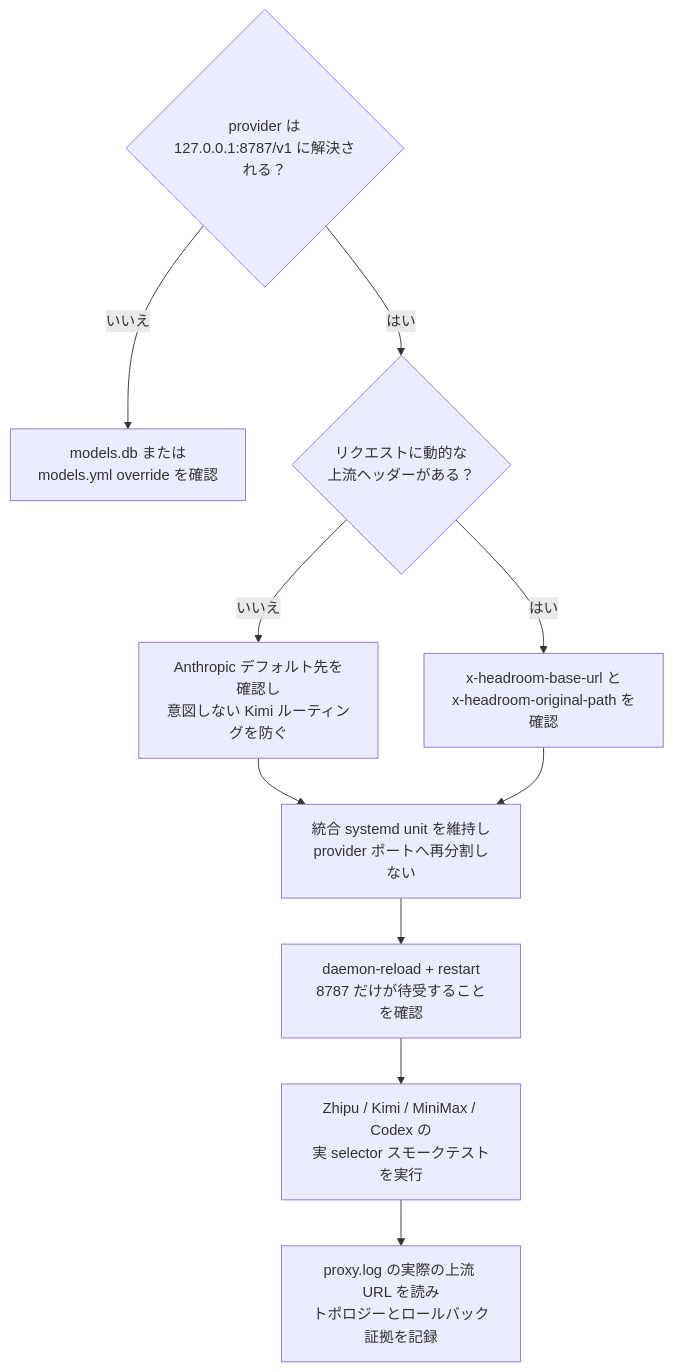
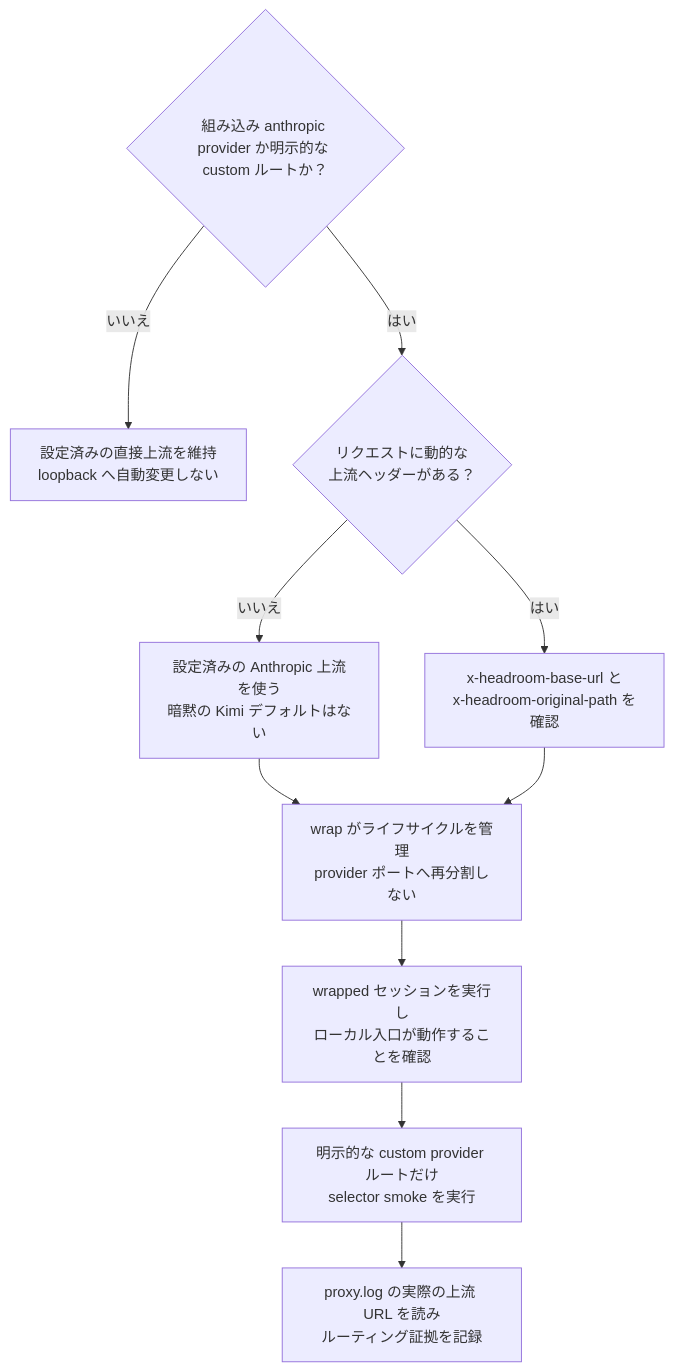
The third of 6 diagrams in src/content/note/ja/omp-config-and-rules-guide.md (DavidHLP/DavidHLP.github.io), drawn with Mermaid before and after one commit. The commit also changed other lines of this file and 8 other files, not shown here.

````diff
--- a/src/content/note/ja/omp-config-and-rules-guide.md
+++ b/src/content/note/ja/omp-config-and-rules-guide.md
@@ -297,13 +318,13 @@
 ```mermaid
 flowchart TD
-  Q1{"provider は<br/>127.0.0.1:8787/v1 に解決される？"}
-  Q1 -- いいえ --> T1["models.db または<br/>models.yml override を確認"]
+  Q1{"組み込み anthropic provider か明示的な custom ルートか？"}
+  Q1 -- いいえ --> T1["設定済みの直接上流を維持<br/>loopback へ自動変更しない"]
   Q1 -- はい --> Q2{"リクエストに動的な<br/>上流ヘッダーがある？"}
-  Q2 -- いいえ --> D1["Anthropic デフォルト先を確認し<br/>意図しない Kimi ルーティングを防ぐ"]
+  Q2 -- いいえ --> D1["設定済みの Anthropic 上流を使う<br/>暗黙の Kimi デフォルトはない"]
   Q2 -- はい --> P1["x-headroom-base-url と<br/>x-headroom-original-path を確認"]
-  D1 --> P2["統合 systemd unit を維持し<br/>provider ポートへ再分割しない"]
+  D1 --> P2["wrap がライフサイクルを管理<br/>provider ポートへ再分割しない"]
   P1 --> P2
-  P2 --> P3["daemon-reload + restart<br/>8787 だけが待受することを確認"]
-  P3 --> P4["Zhipu / Kimi / MiniMax / Codex の<br/>実 selector スモークテストを実行"]
-  P4 --> P5["proxy.log の実際の上流 URL を読み<br/>トポロジーとロールバック証拠を記録"]
+  P2 --> P3["wrapped セッションを実行し<br/>ローカル入口が動作することを確認"]
+  P3 --> P4["明示的な custom provider ルートだけ<br/>selector smoke を実行"]
+  P4 --> P5["proxy.log の実際の上流 URL を読み<br/>ルーティング証拠を記録"]
 ```
````
